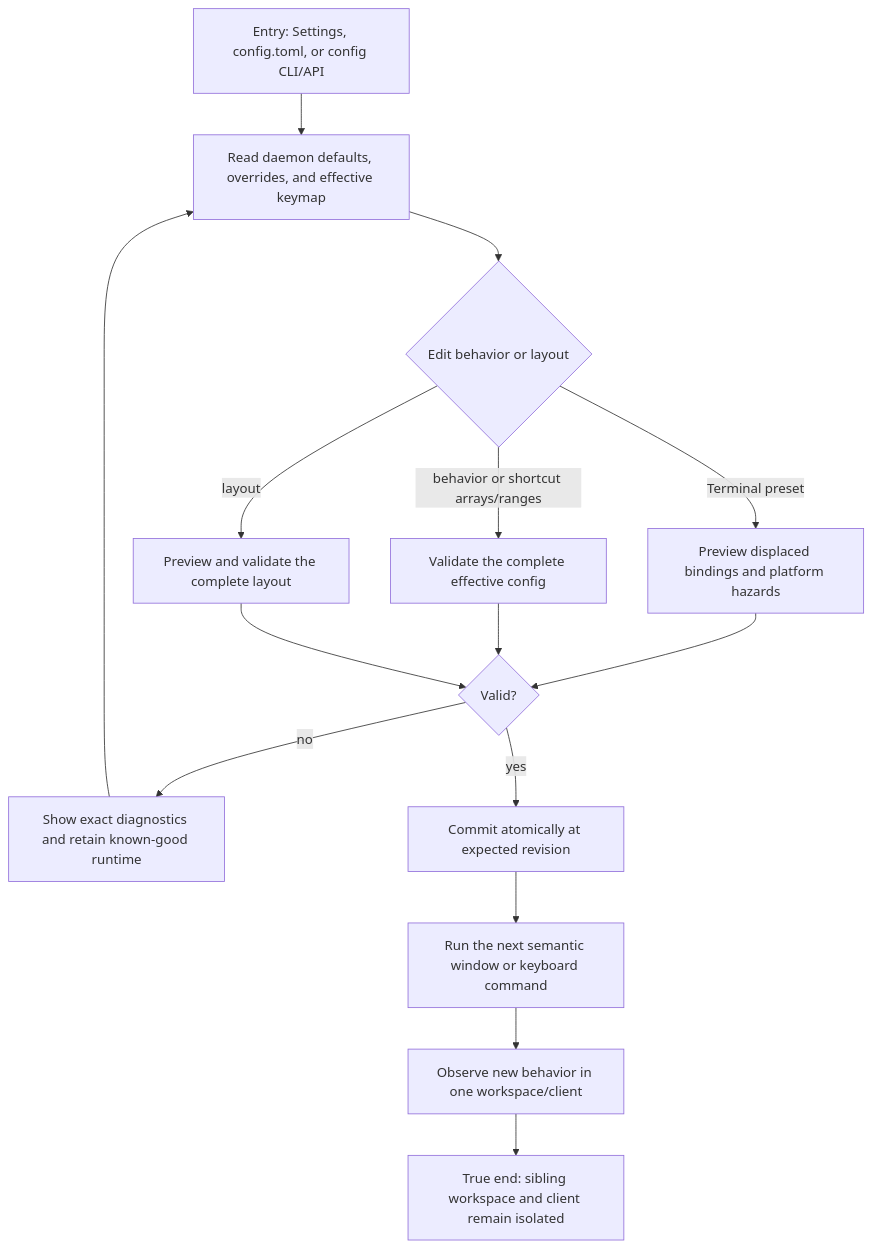
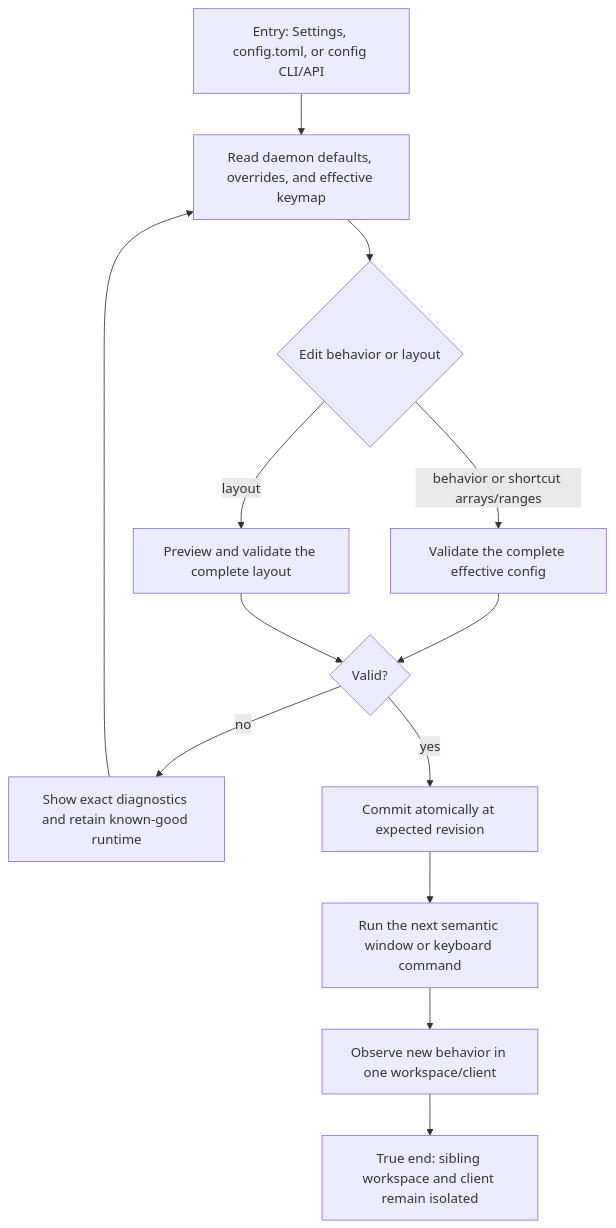
One commit to compozy/compozy changed the diagram in docs/qa/journeys/J-administer-window-manager.md. Above: the diagram before and after it, drawn with Mermaid. The commit also changed other lines of this file and 144 other files, not shown here.

````diff
--- a/docs/qa/journeys/J-administer-window-manager.md
+++ b/docs/qa/journeys/J-administer-window-manager.md
@@ -7,17 +7,15 @@
 ```mermaid
 flowchart TD
     A[Entry: Settings, config.toml, or config CLI/API] --> B[Read daemon defaults, overrides, and effective keymap]
     B --> C{Edit behavior or layout}
     C -->|behavior or shortcut arrays/ranges| D[Validate the complete effective config]
     C -->|layout| E[Preview and validate the complete layout]
-    C -->|Terminal preset| P[Preview displaced bindings and platform hazards]
-    P --> F
     D --> F{Valid?}
     E --> F
     F -->|no| G[Show exact diagnostics and retain known-good runtime]
     G --> B
     F -->|yes| H[Commit atomically at expected revision]
     H --> I[Run the next semantic window or keyboard command]
     I --> J[Observe new behavior in one workspace/client]
     J --> K[True end: sibling workspace and client remain isolated]
 ```
````
